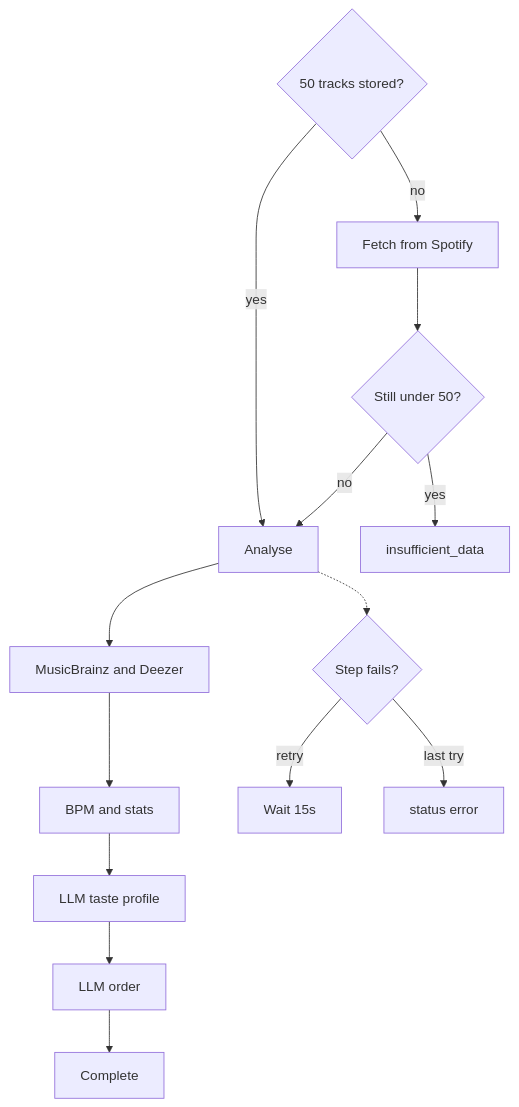
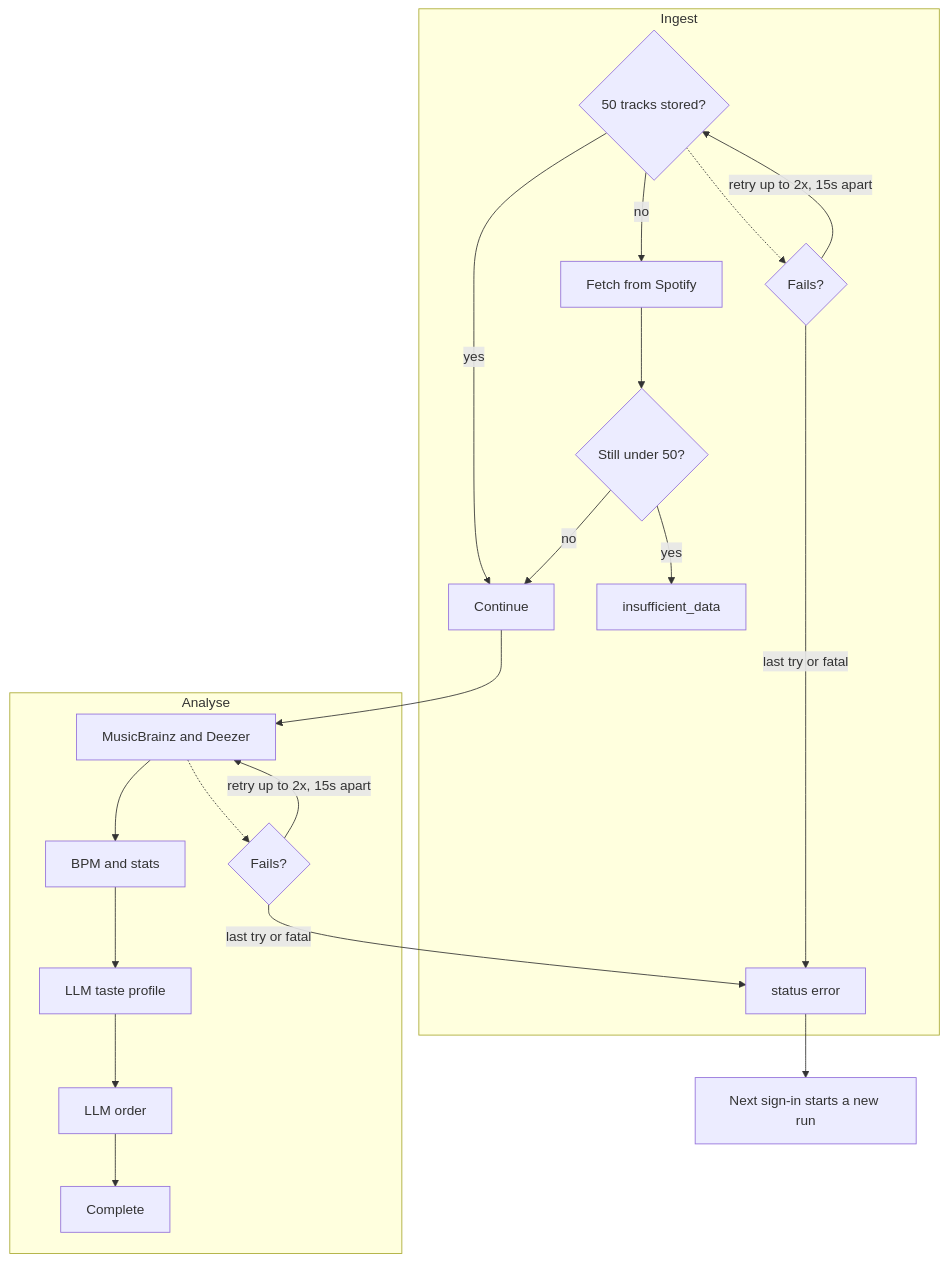
One commit to laurence-presland/spotdonalds changed the diagram in docs/architecture/ingestion-workflow.mmd. Above: the diagram before and after it, drawn with Mermaid. The commit also changed 4 other files, not shown here.

```diff
--- a/docs/architecture/ingestion-workflow.mmd
+++ b/docs/architecture/ingestion-workflow.mmd
@@ -1,14 +1,22 @@
 flowchart TD
-  count{"50 tracks stored?"} -->|yes| analyse
-  count -->|no| fetch["Fetch from Spotify"]
-  fetch --> still{"Still under 50?"}
-  still -->|yes| short["insufficient_data"]
-  still -->|no| analyse["Analyse"]
-  analyse --> enrich["MusicBrainz and Deezer"]
-  enrich --> stats["BPM and stats"]
-  stats --> profile["LLM taste profile"]
-  profile --> order["LLM order"]
-  order --> done["Complete"]
-  analyse -.-> fail{"Step fails?"}
-  fail -->|retry| again["Wait 15s"]
-  fail -->|last try| stop["status error"]
+  subgraph ingest["Ingest"]
+    count{"50 tracks stored?"} -->|yes| go["Continue"]
+    count -->|no| fetch["Fetch from Spotify"]
+    fetch --> still{"Still under 50?"}
+    still -->|yes| short["insufficient_data"]
+    still -->|no| go
+    count -.-> iFail{"Fails?"}
+    iFail -->|retry up to 2x, 15s apart| count
+    iFail -->|last try or fatal| err["status error"]
+  end
+  go --> enrich
+  subgraph analyse["Analyse"]
+    enrich["MusicBrainz and Deezer"] --> stats["BPM and stats"]
+    stats --> profile["LLM taste profile"]
+    profile --> order["LLM order"]
+    order --> done["Complete"]
+    enrich -.-> aFail{"Fails?"}
+    aFail -->|retry up to 2x, 15s apart| enrich
+    aFail -->|last try or fatal| err
+  end
+  err --> next["Next sign-in starts a new run"]
```
